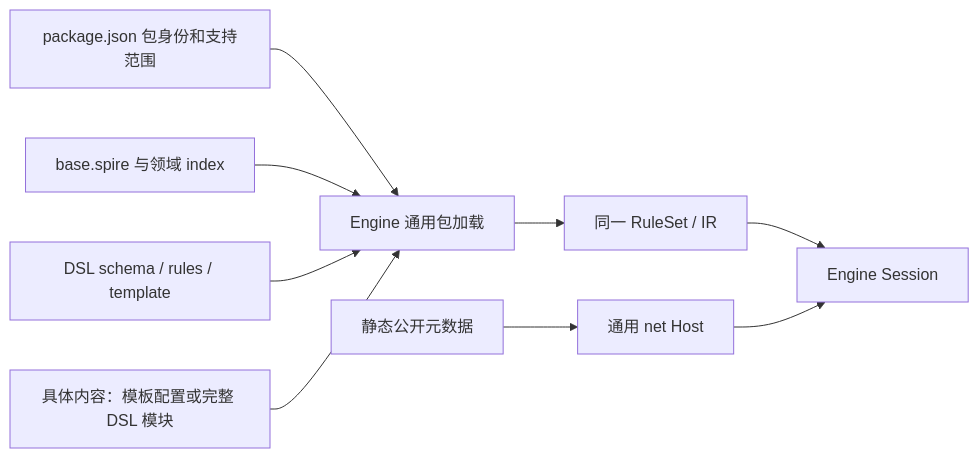
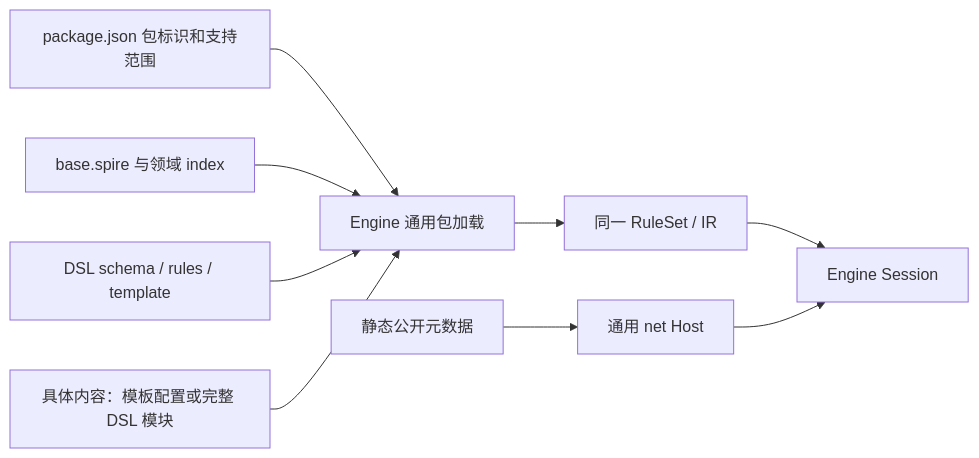
Before and after one commit to QingXiang22/auto-the-spire: the diagram in docs/design/mod-the-spire/base-architecture.md, drawn with Mermaid. The commit also changed other lines of this file and 130 other files, not shown here.

````diff
--- a/docs/design/mod-the-spire/base-architecture.md
+++ b/docs/design/mod-the-spire/base-architecture.md
@@ -7,11 +7,11 @@
 ```mermaid
 flowchart LR
-    Manifest[package.json 包身份和支持范围] --> Load[Engine 通用包加载]
+    Manifest[package.json 包标识和支持范围] --> Load[Engine 通用包加载]
     Root[base.spire 与领域 index] --> Load
     Rules[DSL schema / rules / template] --> Load
     Content[具体内容：模板配置或完整 DSL 模块] --> Load
     Load --> IR[同一 RuleSet / IR]
     IR --> Session[Engine Session]
     Meta[静态公开元数据] --> Host[通用 net Host]
     Host --> Session
 ```
````
